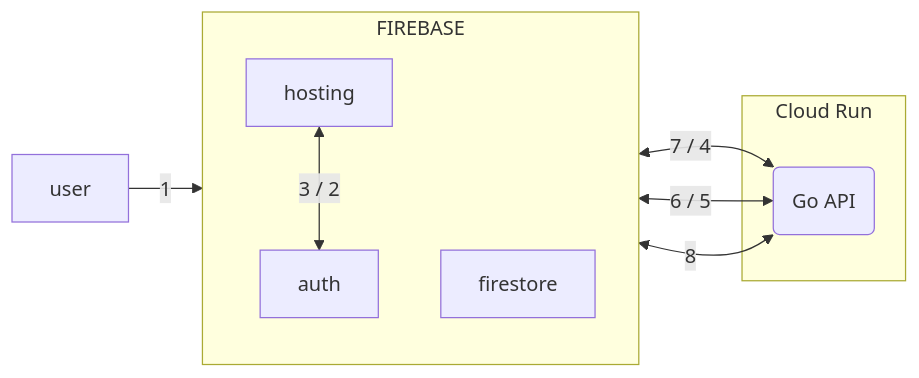
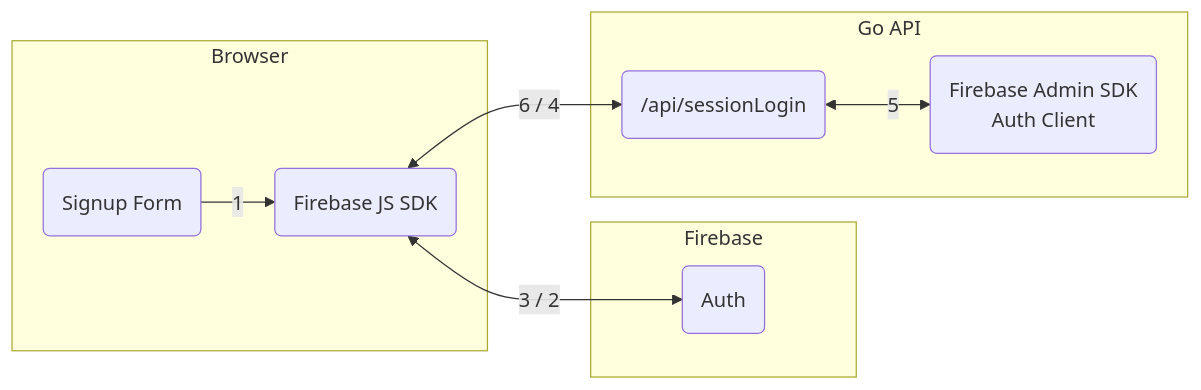
One commit to cheomanigua/bwadocs changed the third of 4 diagrams in content/docs/authentication.md. Above: the diagram before and after it, drawn with Mermaid. The commit also changed other lines of this file and 3 other files, not shown here.

````diff
--- a/content/docs/authentication.md
+++ b/content/docs/authentication.md
@@ -111,18 +138,18 @@
 ```mermaid
 flowchart LR
-    subgraph FIREBASE
-        direction TB
-        hosting
-        auth
-        firestore
+    subgraph Browser
+        form(Signup Form)
+        js(Firebase JS SDK)
     end
-    subgraph Cloud Run
-        goapi(Go API)
+    subgraph Firebase
+        auth(Auth)
     end
-
-    user -- "1" --> hosting
-    hosting <-- "3 / 2" --> auth
-    hosting <-- "7 / 4" --> goapi
-    goapi <-- "6 / 5" --> auth
-    goapi <-- "8" --> firestore
+    subgraph Go API
+        apises(/api/sessionLogin)
+        admin(Firebase Admin SDK<br/>Auth Client)
+    end
+    form --"1"--> js
+    js <-- "3 / 2" --> auth
+    js <-- "6 / 4" --> apises
+    apises <-- "5" --> admin
 ```
````
